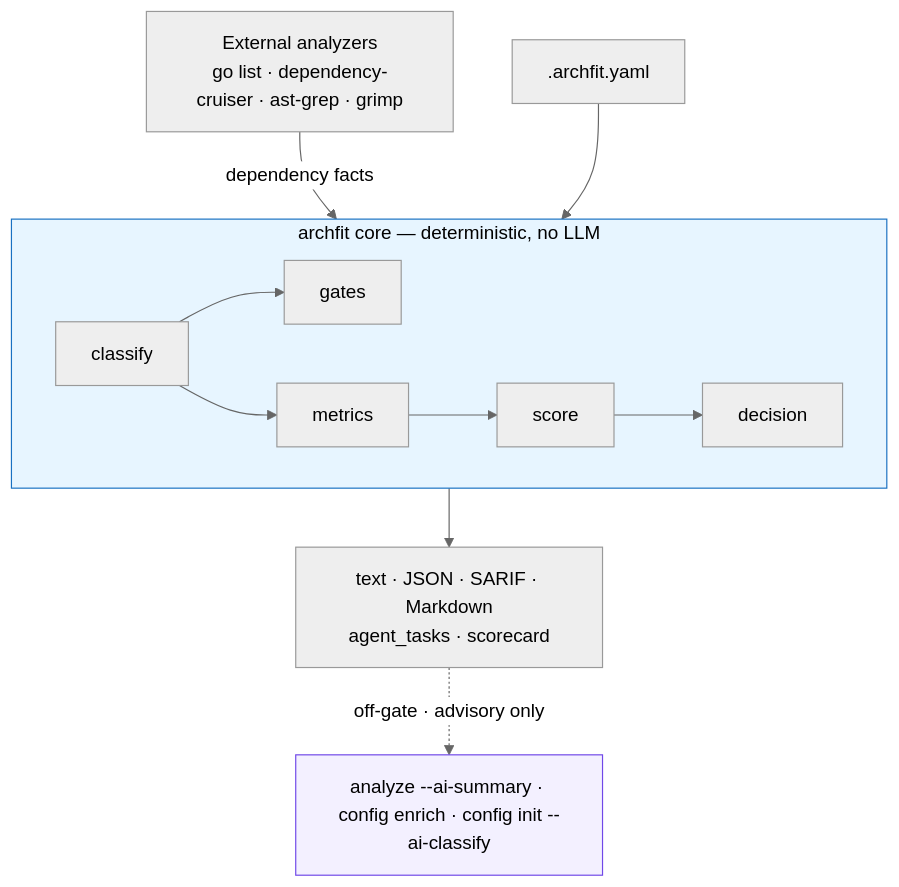
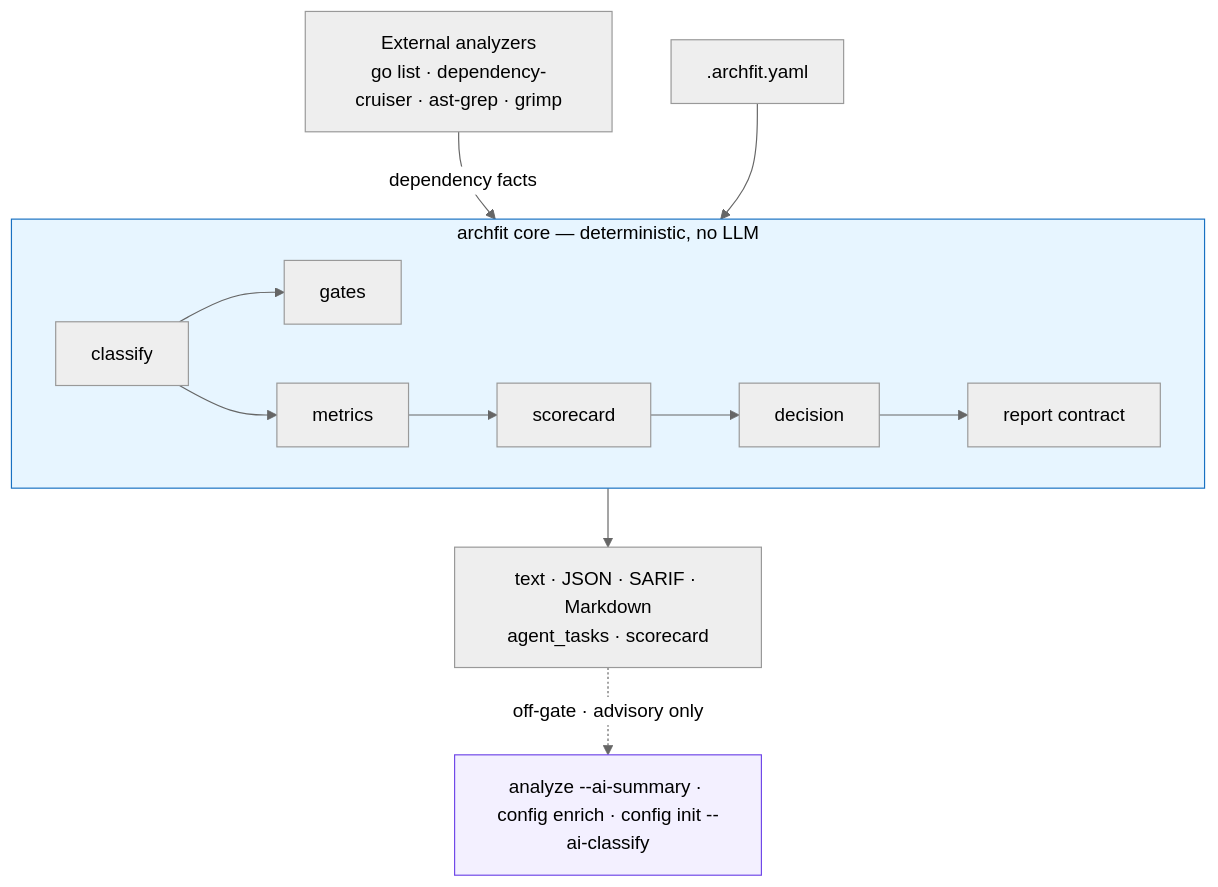
The second of 2 diagrams in README.md (alexei-led/archfit), drawn with Mermaid (neutral theme) before and after one commit. The commit also changed other lines of this file and 24 other files, not shown here.

Commit message:
refactor: align capability boundaries and report contract

````diff
--- a/README.md
+++ b/README.md
@@ -168,17 +169,20 @@
 ```mermaid
 flowchart TB
     tools["External analyzers<br/>go list · dependency-cruiser · ast-grep · grimp"]
     CFG[".archfit.yaml"]
     tools -->|dependency facts| core
     CFG --> core
     subgraph core["archfit core — deterministic, no LLM"]
         direction LR
         CL[classify] --> RU[gates]
-        CL --> ME[metrics] --> SC[score] --> DE[decision]
+        CL --> ME[metrics]
+        ME --> SC[scorecard]
+        SC --> DE[decision]
+        DE --> RC[report contract]
     end
-    core --> OUT["text · JSON · SARIF · Markdown<br/>agent_tasks · scorecard"]
+    RC --> OUT["text · JSON · SARIF · Markdown<br/>agent_tasks · scorecard"]
     OUT -. off-gate · advisory only .-> LLM["analyze --ai-summary · config enrich · config init --ai-classify"]
     classDef side fill:#f3f0ff,stroke:#7048e8,color:#000;
     class LLM side;
     style core fill:#e7f5ff,stroke:#1971c2,color:#000;
 ```
````
